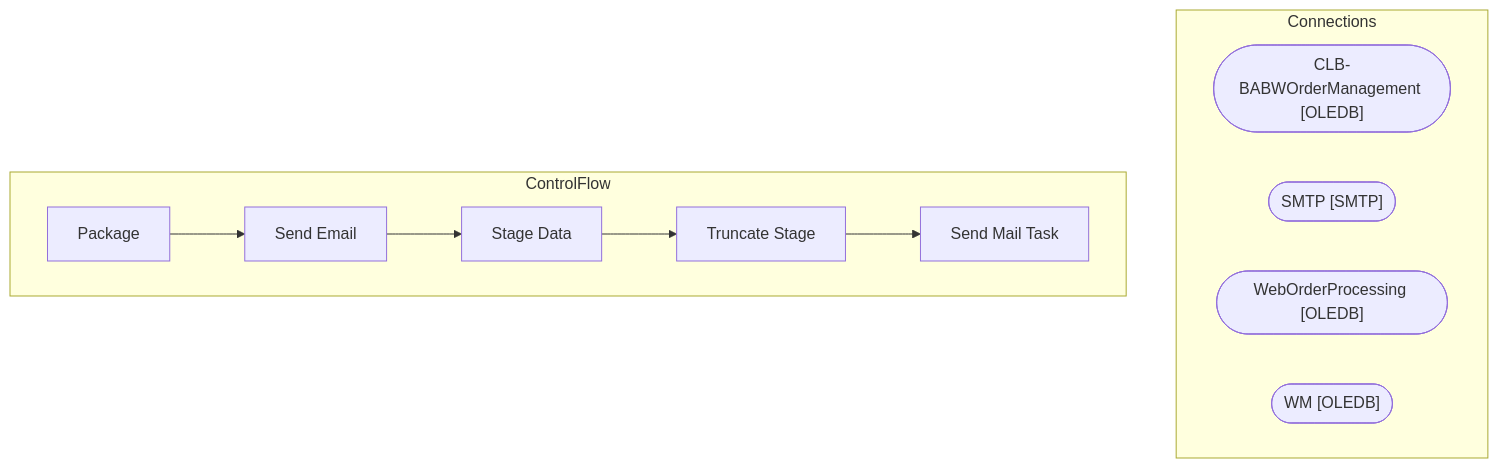
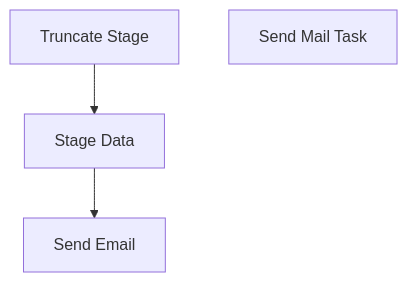
One commit to juanandresbrain/BABSkills changed the diagram in bab-docs-explorer/Documentation/STL-SSIS-P-01/SSIS/SSIS/WebPrintingValidations.PrintingValidations.md. Above: the diagram before and after it, drawn with Mermaid. The commit also changed other lines of this file and 273 other files, not shown here.

````diff
--- a/bab-docs-explorer/Documentation/STL-SSIS-P-01/SSIS/SSIS/WebPrintingValidations.PrintingValidations.md
+++ b/bab-docs-explorer/Documentation/STL-SSIS-P-01/SSIS/SSIS/WebPrintingValidations.PrintingValidations.md
@@ -9,20 +37,9 @@
 ```mermaid
 flowchart TD
-    subgraph Connections
-        CLB_BABWOrderManagement_conn(["CLB-BABWOrderManagement [OLEDB]"])
-        SMTP_conn(["SMTP [SMTP]"])
-        WebOrderProcessing_conn(["WebOrderProcessing [OLEDB]"])
-        WM_conn(["WM [OLEDB]"])
-    end
-    subgraph ControlFlow
-        Package_task["Package"]
-        Send_Email_task["Send Email"]
-        Package_task --> Send_Email_task
-        Stage_Data_task["Stage Data"]
-        Send_Email_task --> Stage_Data_task
-        Truncate_Stage_task["Truncate Stage"]
-        Stage_Data_task --> Truncate_Stage_task
-        Send_Mail_Task_task["Send Mail Task"]
-        Truncate_Stage_task --> Send_Mail_Task_task
-    end
+    n_Package_Send_Email["Send Email"]
+    n_Package_Stage_Data["Stage Data"]
+    n_Package_Truncate_Stage["Truncate Stage"]
+    n_Package_EventHandlers_OnError__Send_Mail_Task["Send Mail Task"]
+    n_Package_Stage_Data --> n_Package_Send_Email
+    n_Package_Truncate_Stage --> n_Package_Stage_Data
 ```
````
